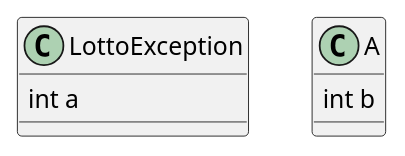
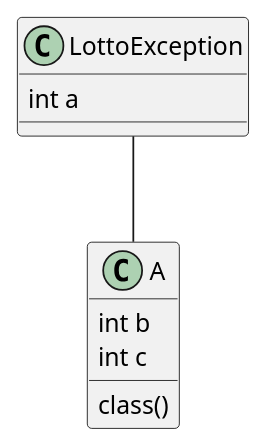
Before and after one commit to nacastle/kopo_Java: the diagram in out/production/kopo_data/homework/day12/Lotto/Lotto.puml, drawn with PlantUML. The commit also changed 20 other files, not shown here.

```diff
--- a/out/production/kopo_data/homework/day12/Lotto/Lotto.puml
+++ b/out/production/kopo_data/homework/day12/Lotto/Lotto.puml
@@ -1,10 +1,14 @@
 @startuml
 
 class LottoException {
 int a
 }
 
+LottoException --A
+
 class A {
 int b
+int c
+class()
 }
 @enduml
```
